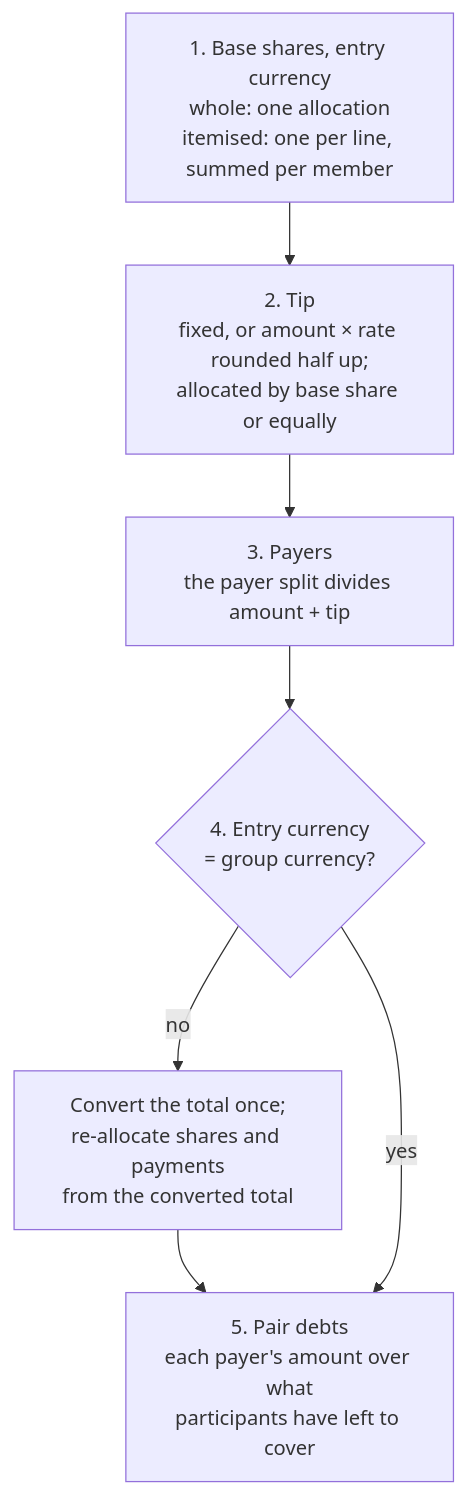
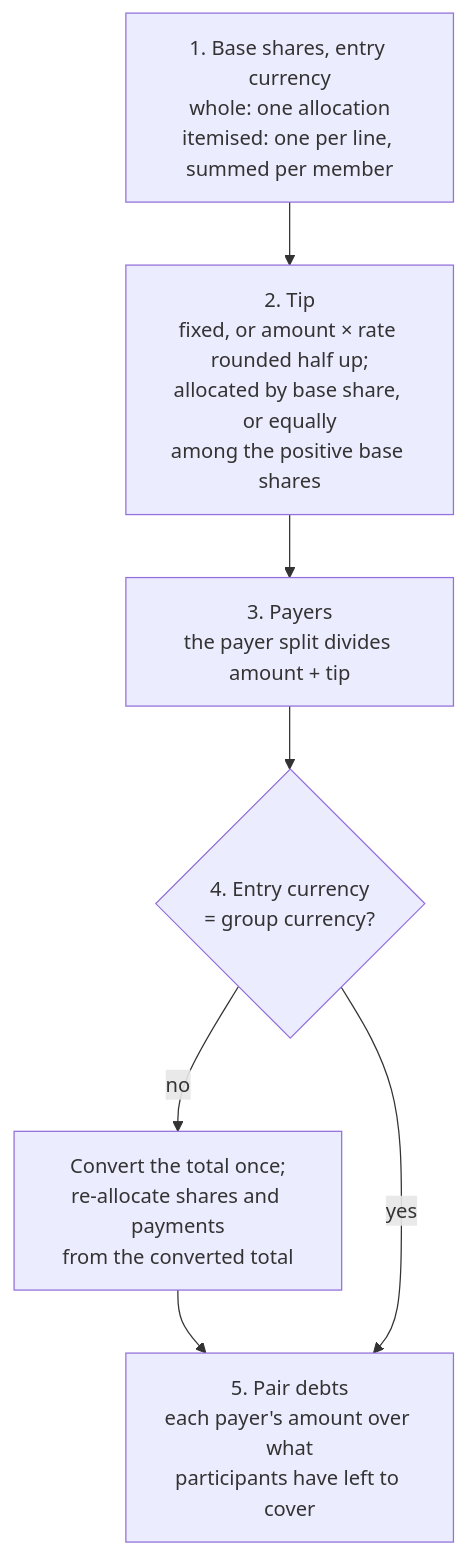
Before and after one commit to cristiancristea00/eranos: the second of 3 diagrams in docs/ARCHITECTURE.md, drawn with Mermaid. The commit also changed other lines of this file and 14 other files, not shown here.

````diff
--- a/docs/ARCHITECTURE.md
+++ b/docs/ARCHITECTURE.md
@@ -395,12 +396,12 @@
 ```mermaid
 flowchart TD
     BASE["1. Base shares, entry currency<br/>whole: one allocation<br/>itemised: one per line, summed per member"]
-    TIP["2. Tip<br/>fixed, or amount × rate rounded half up;<br/>allocated by base share or equally"]
+    TIP["2. Tip<br/>fixed, or amount × rate rounded half up;<br/>allocated by base share, or equally<br/>among the positive base shares"]
     PAYERS["3. Payers<br/>the payer split divides amount + tip"]
     CONVERT{"4. Entry currency<br/>= group currency?"}
     REALLOCATE["Convert the total once;<br/>re-allocate shares and payments<br/>from the converted total"]
     DEBTS["5. Pair debts<br/>each payer's amount over what<br/>participants have left to cover"]
     BASE --> TIP --> PAYERS --> CONVERT
     CONVERT -- no --> REALLOCATE --> DEBTS
     CONVERT -- yes --> DEBTS
 ```
````
